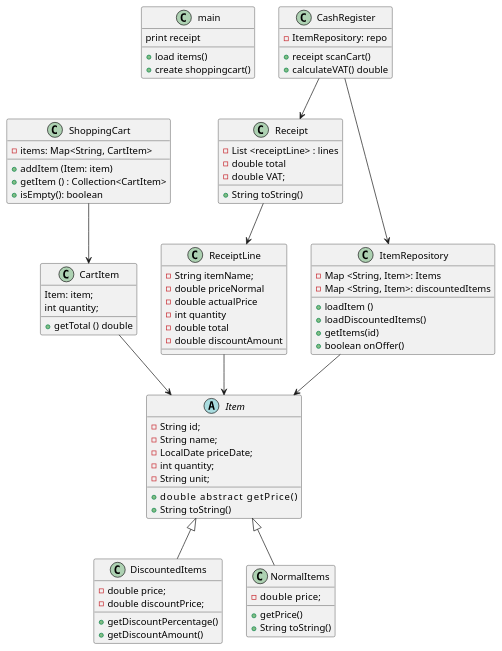
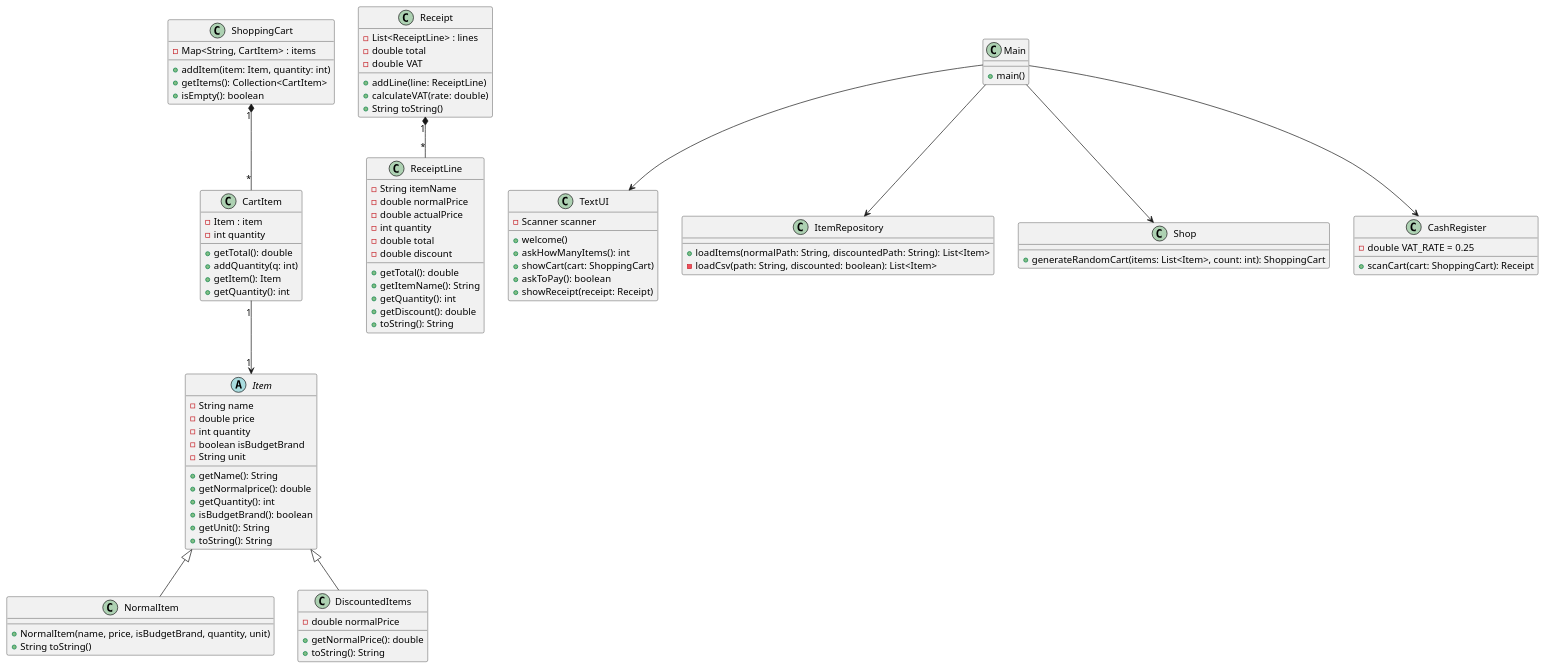
The diagram in src/Counter.puml (stinetorndal/Torsdagsopgaver_u47), drawn with PlantUML before and after one commit. The commit also changed 1 other file, not shown here.

Commit message:
Final Final upload - jeg havde glemt uml

```diff
--- a/src/Counter.puml
+++ b/src/Counter.puml
@@ -1,81 +1,107 @@
 @startuml
-'https://plantuml.com/class-diagram
-class main {
-+load items()
-+create shoppingcart()
-print receipt
+
+abstract class Item {
+    - String name
+    - double price
+    - int quantity
+    - boolean isBudgetBrand
+    - String unit
+    + getName(): String
+    + getNormalprice(): double
+    + getQuantity(): int
+    + isBudgetBrand(): boolean
+    + getUnit(): String
+    + toString(): String
 }
-abstract class Item {
- - String id;
- - String name;
- - LocalDate priceDate;
- - int quantity;
- - String unit;
 
- + double abstract          getPrice()
- + String toString()
- }
- class DiscountedItems{
- - double price;
- - double discountPrice;
- + getDiscountPercentage()
- + getDiscountAmount()
- }
- class  NormalItems{
- - double  price;
-  + getPrice()
- + String toString()
- }
+class NormalItem {
+    + NormalItem(name, price, isBudgetBrand, quantity, unit)
+    + String toString()
+}
+
+class DiscountedItems {
+    - double normalPrice
+    + getNormalPrice(): double
+    + toString(): String
+}
+
+Item <|-- NormalItem
+Item <|-- DiscountedItems
+
+class CartItem {
+    - Item : item
+    - int quantity
+    + getTotal(): double
+    + addQuantity(q: int)
+    + getItem(): Item
+    + getQuantity(): int
+}
 
 class ShoppingCart {
- - items: Map<String, CartItem>
- + addItem (Item: item)
- + getItem () : Collection<CartItem>
- + isEmpty(): boolean
- }
+    - Map<String, CartItem> : items
+    + addItem(item: Item, quantity: int)
+    + getItems(): Collection<CartItem>
+    + isEmpty(): boolean
+}
 
-class CartItem {
-Item: item;
-int quantity;
-+getTotal () double
+ShoppingCart "1" *-- "*" CartItem
+CartItem "1" --> "1" Item
+
+class ReceiptLine {
+    - String itemName
+    - double normalPrice
+    - double actualPrice
+    - int quantity
+    - double total
+    - double discount
+    + getTotal(): double
+    + getItemName(): String
+    + getQuantity(): int
+    + getDiscount(): double
+    + toString(): String
 }
-class Receipt{
-- List <receiptLine> : lines
-- double total
-- double VAT;
-+String toString()
+
+class Receipt {
+    - List<ReceiptLine> : lines
+    - double total
+    - double VAT
+    + addLine(line: ReceiptLine)
+    + calculateVAT(rate: double)
+    + String toString()
 }
-class ReceiptLine{
-- String itemName;
-- double priceNormal
-- double actualPrice
-- int quantity
-- double total
-- double discountAmount
+
+Receipt "1" *-- "*" ReceiptLine
+
+class TextUI {
+    - Scanner scanner
+    + welcome()
+    + askHowManyItems(): int
+    + showCart(cart: ShoppingCart)
+    + askToPay(): boolean
+    + showReceipt(receipt: Receipt)
 }
-class CashRegister{
-- ItemRepository: repo
-+ receipt scanCart()
-+ calculateVAT() double
+
+class ItemRepository {
+    + loadItems(normalPath: String, discountedPath: String): List<Item>
+    - loadCsv(path: String, discounted: boolean): List<Item>
 }
-class ItemRepository{
-- Map <String, Item>: Items
- - Map <String, Item>: discountedItems
- + loadItem ()
- + loadDiscountedItems()
- + getItems(id)
- + boolean onOffer()
+
+class Shop {
+    + generateRandomCart(items: List<Item>, count: int): ShoppingCart
 }
-Item <|-- NormalItems
-Item <|-- DiscountedItems
-ShoppingCart --> CartItem
-Receipt --> ReceiptLine
-CashRegister --> Receipt
-ItemRepository --> Item
-CashRegister --> ItemRepository
-CartItem --> Item
-ReceiptLine --> Item
 
+class CashRegister {
+    - double VAT_RATE = 0.25
+    + scanCart(cart: ShoppingCart): Receipt
+}
 
+class Main {
+    + main()
+}
+
+Main --> TextUI
+Main --> ItemRepository
+Main --> Shop
+Main --> CashRegister
 
 @enduml
```
